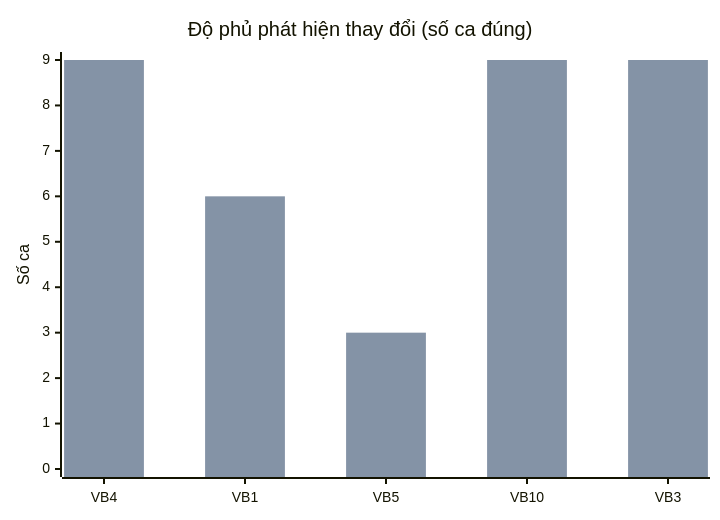
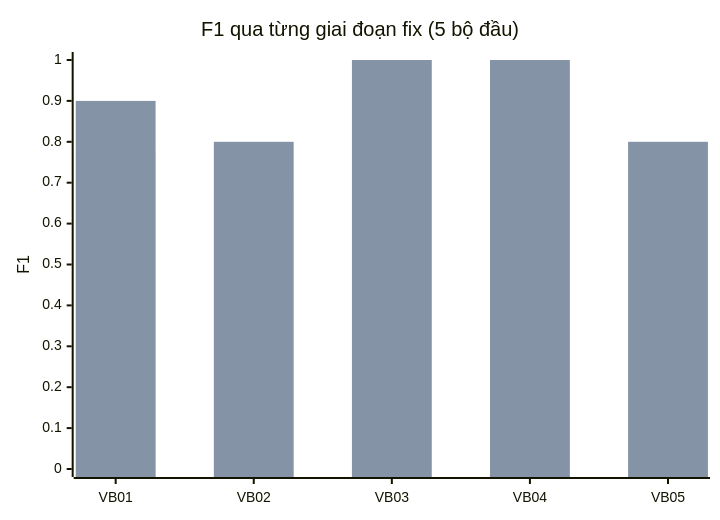
One commit to haiphong-0132/legal-doc-diff-rag changed diagram 13 of 14 in docs/matching_architecture_and_changes.md. Above: the diagram before and after it, drawn with Mermaid. The commit also changed other lines of this file and 8 other files, not shown here.

````diff
--- a/docs/matching_architecture_and_changes.md
+++ b/docs/matching_architecture_and_changes.md
@@ -331,8 +375,8 @@
 ```mermaid
 xychart-beta
-    title "Độ phủ phát hiện thay đổi (số ca đúng)"
-    x-axis ["VB4", "VB1", "VB5", "VB10", "VB3"]
-    y-axis "Số ca" 0 --> 9
-    bar [3, 1, 1, 5, 6]
-    bar [9, 6, 3, 9, 9]
+    title "F1 qua từng giai đoạn fix (5 bộ đầu)"
+    x-axis ["VB01", "VB02", "VB03", "VB04", "VB05"]
+    y-axis "F1" 0 --> 1
+    bar [0.78, 0.67, 1.0, 1.0, 0.36]
+    bar [0.90, 0.80, 1.0, 1.0, 0.80]
 ```
````
